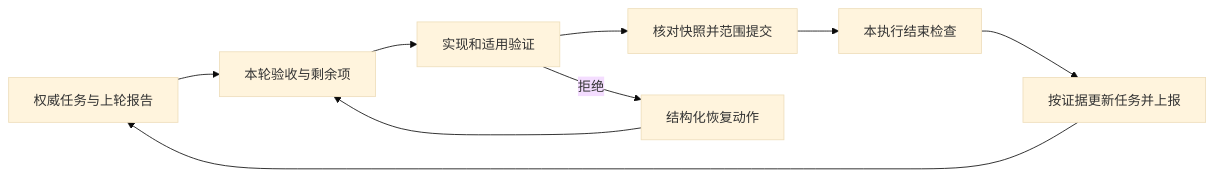
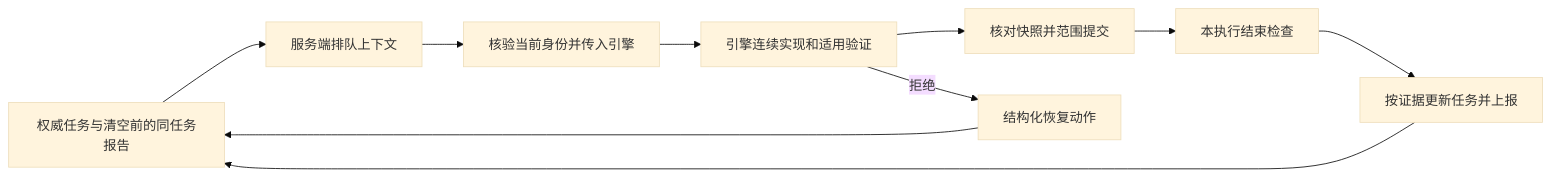
One commit to exception-coder/kai-toolbox changed the diagram in openspec/changes/reliable-spec-progression/design.md. Above: the diagram before and after it, drawn with Mermaid (base theme). The commit also changed other lines of this file and 25 other files, not shown here.

````diff
--- a/openspec/changes/reliable-spec-progression/design.md
+++ b/openspec/changes/reliable-spec-progression/design.md
@@ -27,11 +35,12 @@
 ```mermaid
 flowchart LR
-    A[权威任务与上轮报告] --> B[本轮验收与剩余项]
-    B --> C[实现和适用验证]
+    A[权威任务与清空前的同任务报告] --> B[服务端排队上下文]
+    B --> T[核验当前身份并传入引擎]
+    T --> C[引擎连续实现和适用验证]
     C --> D[核对快照并范围提交]
     D --> E[本执行结束检查]
     E --> F[按证据更新任务并上报]
     F --> A
     C -->|拒绝| R[结构化恢复动作]
-    R --> B
+    R --> A
 ```
````
